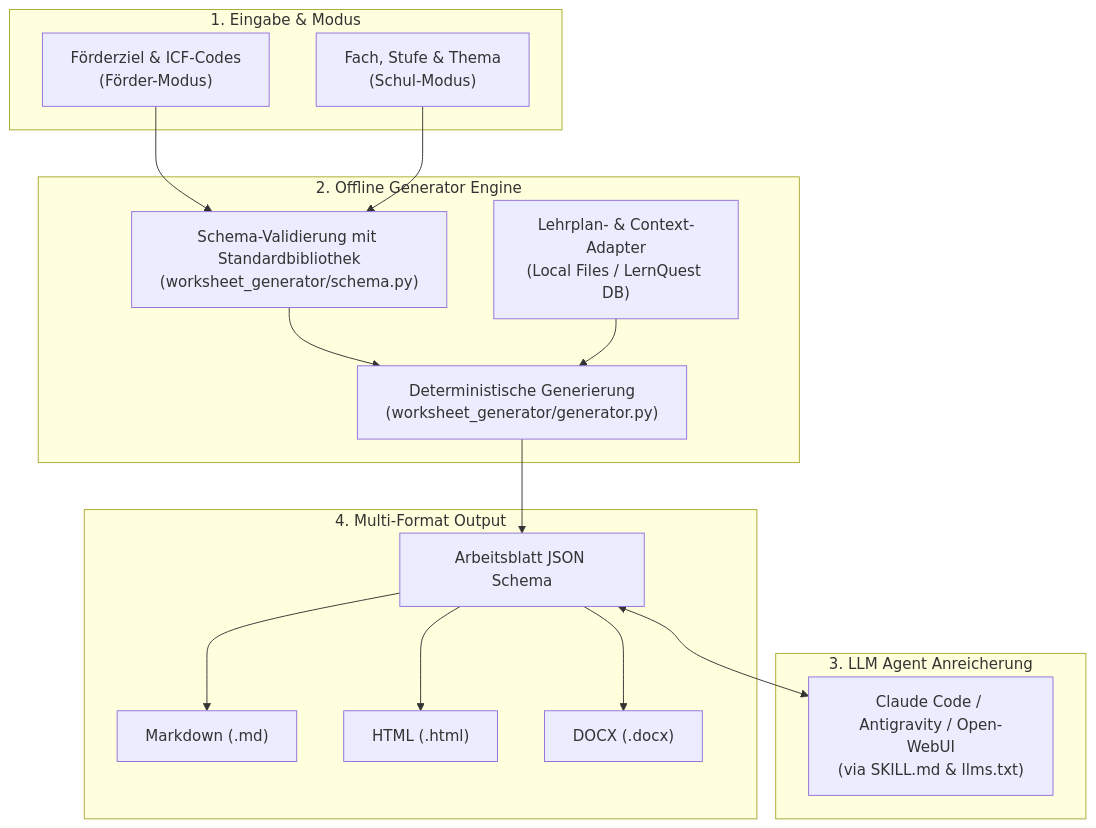
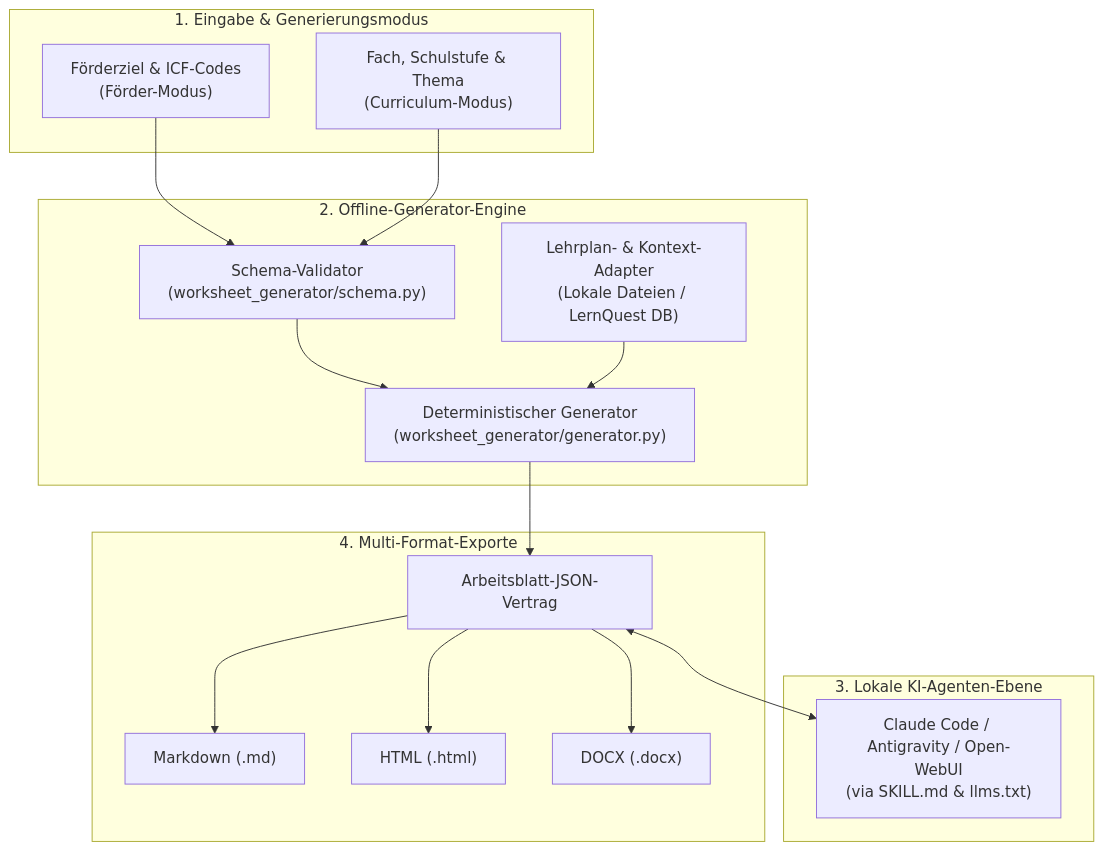
The first of 2 diagrams in README_de.md (ellmos-ai/worksheet-generator), drawn with Mermaid before and after one commit. The commit also changed other lines of this file and 6 other files, not shown here.

````diff
--- a/README_de.md
+++ b/README_de.md
@@ -99,34 +95,34 @@
 ```mermaid
 flowchart TD
-    subgraph Inputs["1. Eingabe & Modus"]
+    subgraph Inputs["1. Eingabe & Generierungsmodus"]
         A1["Förderziel & ICF-Codes<br/>(Förder-Modus)"]
-        A2["Fach, Stufe & Thema<br/>(Schul-Modus)"]
+        A2["Fach, Schulstufe & Thema<br/>(Curriculum-Modus)"]
     end
 
-    subgraph CoreEngine["2. Offline Generator Engine"]
-        B1["Schema-Validierung mit Standardbibliothek<br/>(worksheet_generator/schema.py)"]
-        B2["Deterministische Generierung<br/>(worksheet_generator/generator.py)"]
-        B3["Lehrplan- & Context-Adapter<br/>(Local Files / LernQuest DB)"]
+    subgraph CoreEngine["2. Offline-Generator-Engine"]
+        B1["Schema-Validator<br/>(worksheet_generator/schema.py)"]
+        B2["Deterministischer Generator<br/>(worksheet_generator/generator.py)"]
+        B3["Lehrplan- & Kontext-Adapter<br/>(Lokale Dateien / LernQuest DB)"]
     end
 
-    subgraph AgentLayer["3. LLM Agent Anreicherung"]
+    subgraph AgentLayer["3. Lokale KI-Agenten-Ebene"]
         E1["Claude Code / Antigravity / Open-WebUI<br/>(via SKILL.md & llms.txt)"]
     end
 
-    subgraph OutputFormat["4. Multi-Format Output"]
-        C1["Arbeitsblatt JSON Schema"]
+    subgraph OutputFormat["4. Multi-Format-Exporte"]
+        C1["Arbeitsblatt-JSON-Vertrag"]
         D1["Markdown (.md)"]
         D2["HTML (.html)"]
         D3["DOCX (.docx)"]
     end
 
     A1 --> B1
     A2 --> B1
     B1 --> B2
     B3 --> B2
     B2 --> C1
     C1 <--> E1
     C1 --> D1
     C1 --> D2
     C1 --> D3
 ```
````
